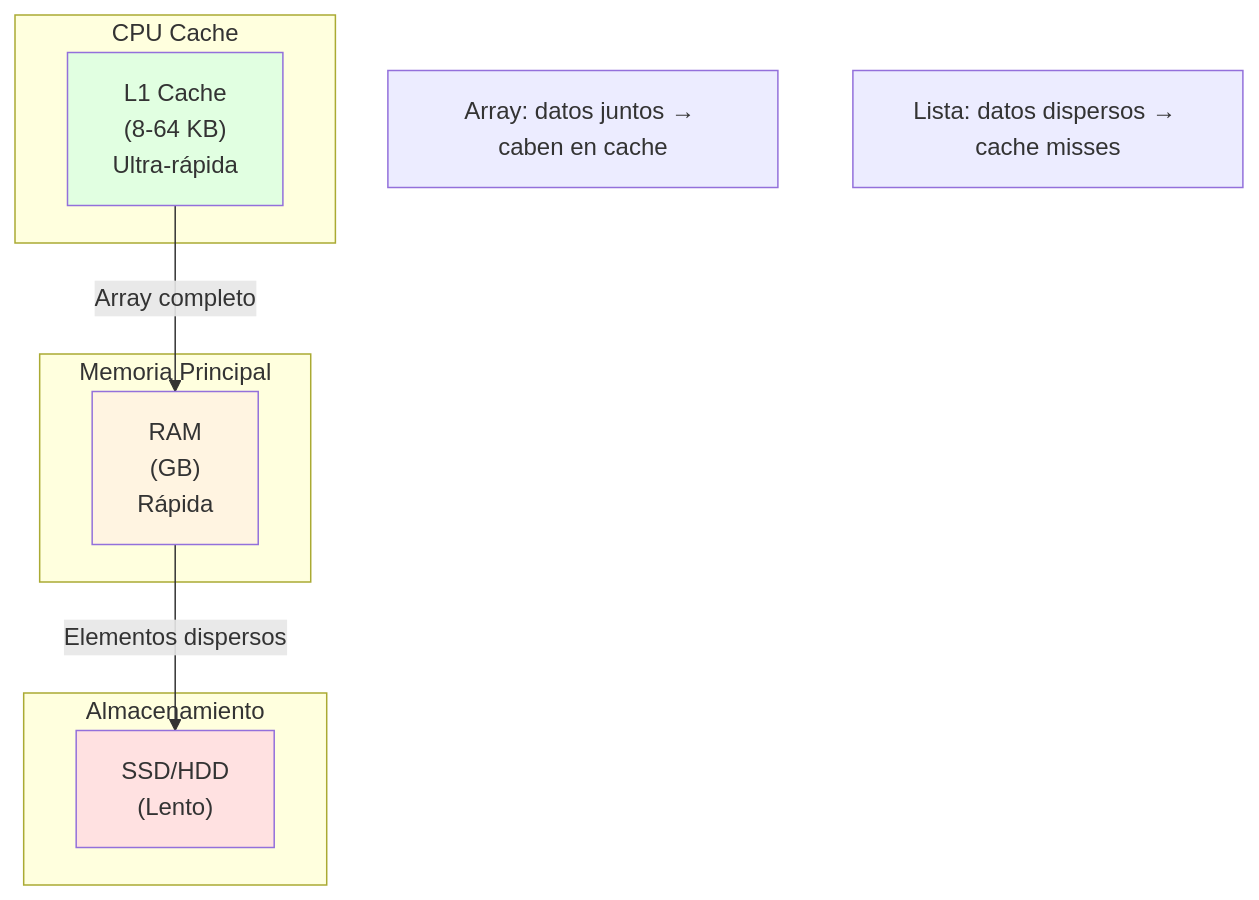
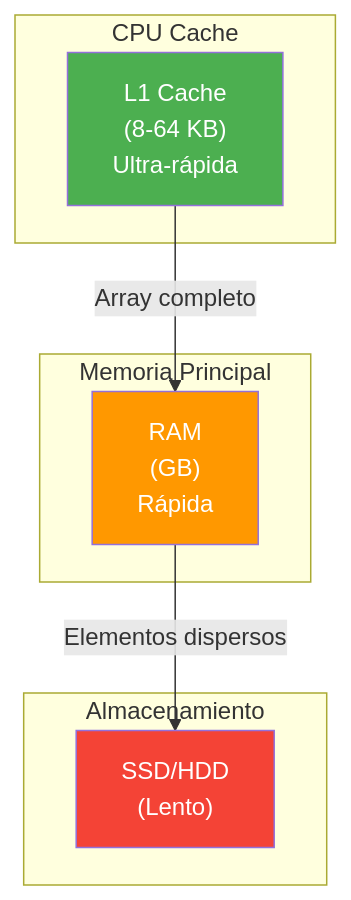
The third of 3 diagrams in 01-introduccion-arrays.md (joseluisgs/Programacion-03-2026-2027), drawn with Mermaid before and after one commit. The commit also changed other lines of this file and 7 other files, not shown here.

````diff
--- a/01-introduccion-arrays.md
+++ b/01-introduccion-arrays.md
@@ -118,24 +145,17 @@
 ```mermaid
 graph TB
-    subgraph "CPU Cache"
+    subgraph CPU ["CPU Cache"]
         CACHE["L1 Cache\n(8-64 KB)\nUltra-rápida"]
     end
-    
-    subgraph "Memoria Principal"
-        RAM["RAM\n(GB)\nRápida"]
+    subgraph RAM ["Memoria Principal"]
+        MEM["RAM\n(GB)\nRápida"]
     end
-    
-    subgraph "Almacenamiento"
-        SSD["SSD/HDD\n(Lento)"]
+    subgraph SSD ["Almacenamiento"]
+        DISK["SSD/HDD\n(Lento)"]
     end
-    
-    CACHE -->|"Array completo"| RAM
-    RAM -->|"Elementos dispersos"| SSD
-    
-    note1["Array: datos juntos → caben en cache"]
-    note2["Lista: datos dispersos → cache misses"]
-    
-    style CACHE fill:#e1ffe1
-    style RAM fill:#fff4e1
-    style SSD fill:#ffe1e1
+    CACHE -->|"Array completo"| MEM
+    MEM -->|"Elementos dispersos"| DISK
+    style CACHE fill:#4CAF50,color:#fff
+    style MEM fill:#FF9800,color:#fff
+    style DISK fill:#f44336,color:#fff
 ```
````
